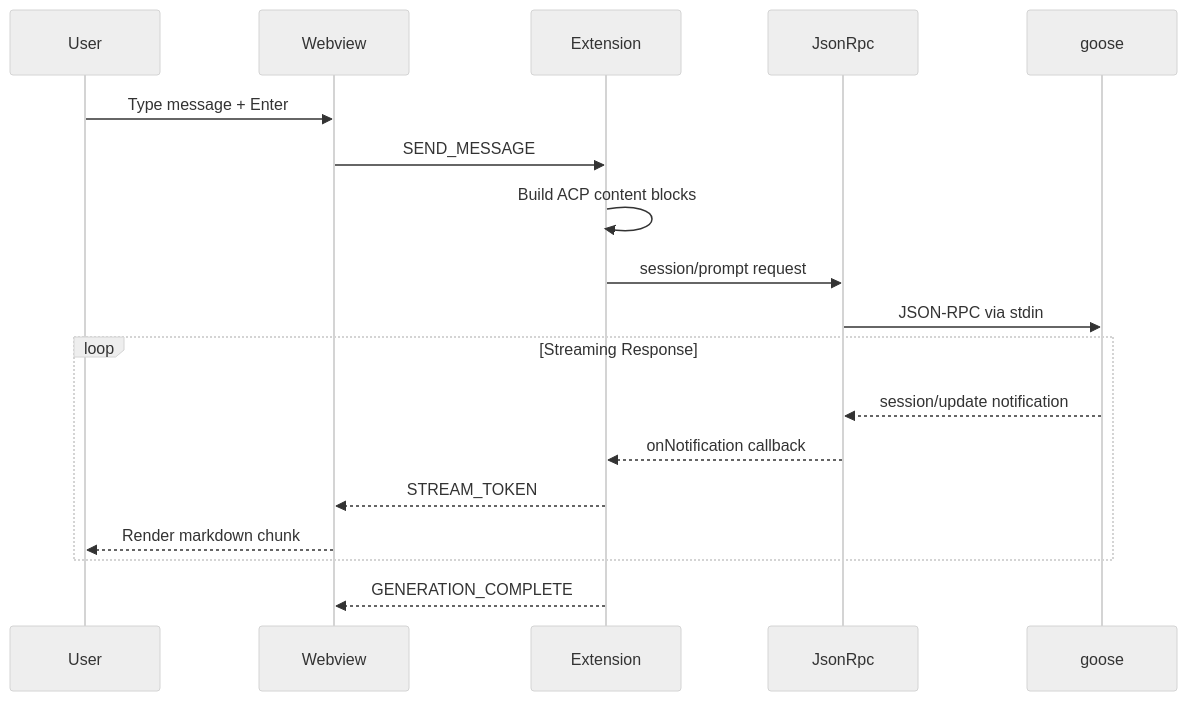
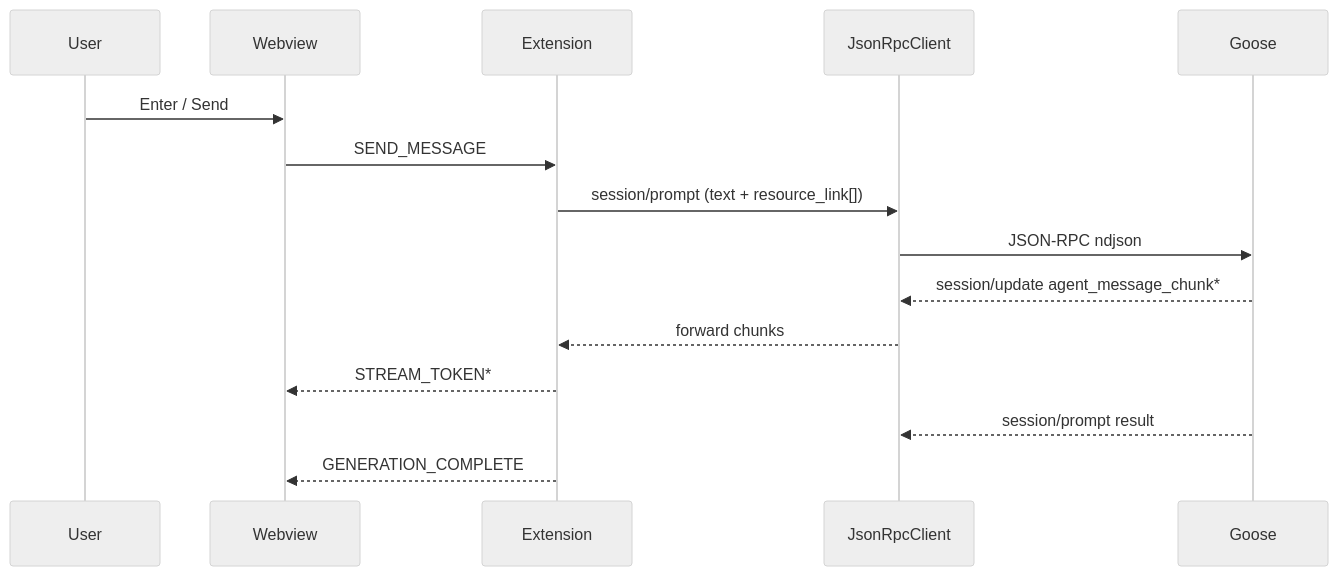
One commit to aaif-goose/vscode-goose changed the second of 2 diagrams in .rp1/context/architecture.md. Above: the diagram before and after it, drawn with Mermaid (neutral theme). The commit also changed other lines of this file and 13 other files, not shown here.

First line of the commit message:
fix: stop treating long session/prompt streams as cancelled (#33) (#40)

````diff
--- a/.rp1/context/architecture.md
+++ b/.rp1/context/architecture.md
@@ -114,23 +136,17 @@
 ```mermaid
 sequenceDiagram
     participant User
     participant Webview
     participant Extension
-    participant JsonRpc
-    participant goose
-
-    User->>Webview: Type message + Enter
+    participant Rpc as JsonRpcClient
+    participant Goose
+    User->>Webview: Enter / Send
     Webview->>Extension: SEND_MESSAGE
-    Extension->>Extension: Build ACP content blocks
-    Extension->>JsonRpc: session/prompt request
-    JsonRpc->>goose: JSON-RPC via stdin
-
-    loop Streaming Response
-        goose-->>JsonRpc: session/update notification
-        JsonRpc-->>Extension: onNotification callback
-        Extension-->>Webview: STREAM_TOKEN
-        Webview-->>User: Render markdown chunk
-    end
-
+    Extension->>Rpc: session/prompt (text + resource_link[])
+    Rpc->>Goose: JSON-RPC ndjson
+    Goose-->>Rpc: session/update agent_message_chunk*
+    Rpc-->>Extension: forward chunks
+    Extension-->>Webview: STREAM_TOKEN*
+    Goose-->>Rpc: session/prompt result
     Extension-->>Webview: GENERATION_COMPLETE
 ```
````
